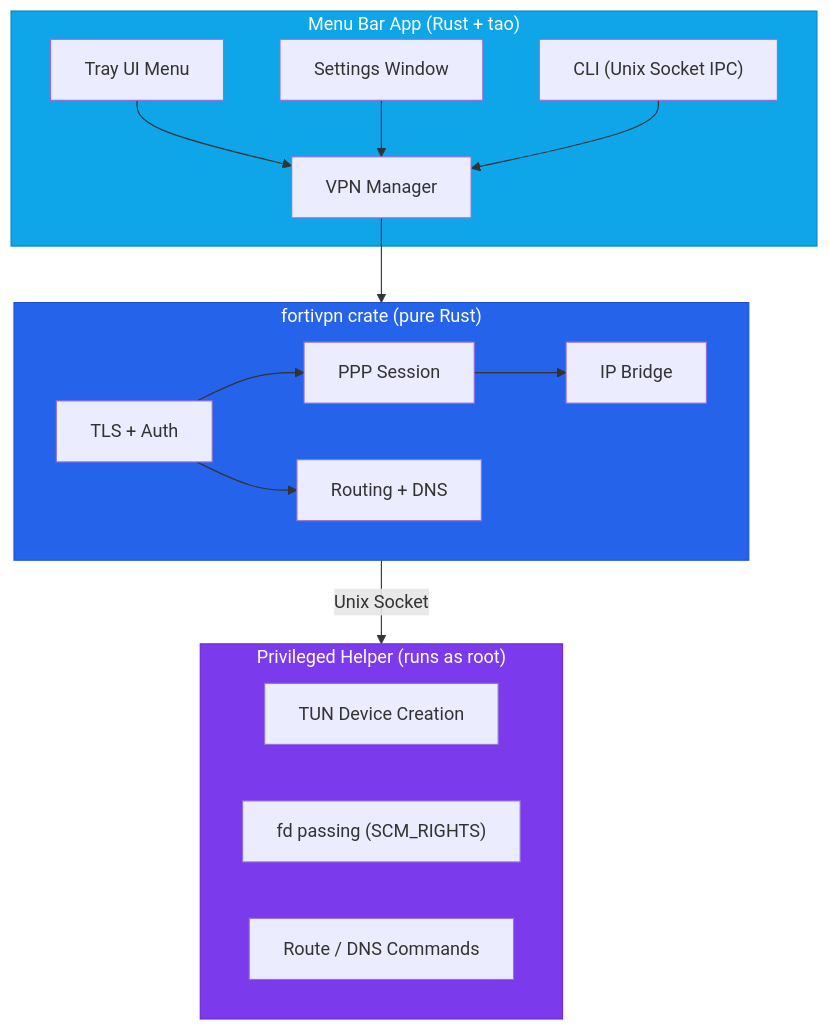
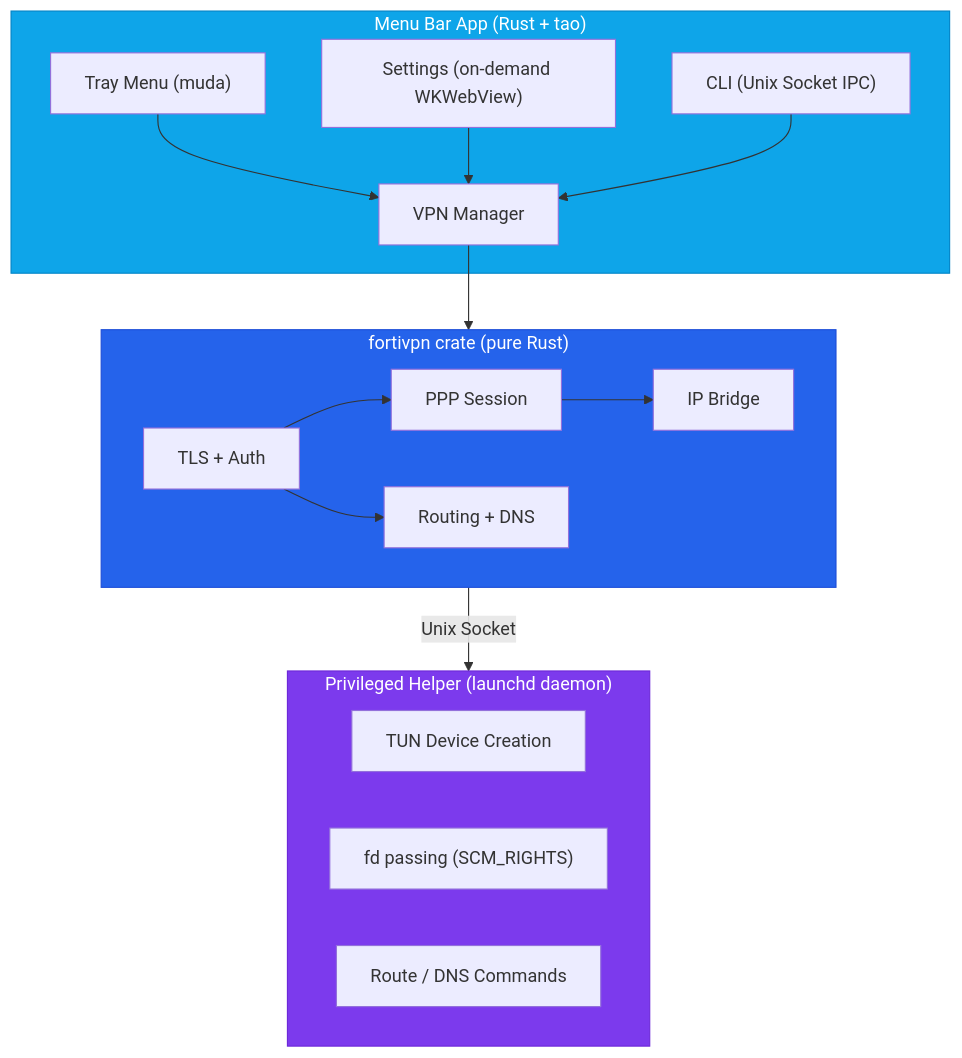
Before and after one commit to ktutnik/fortivpn-tray: the diagram in README.md, drawn with Mermaid. The commit also changed other lines of this file, not shown here.

Commit message:
docs: update README for native architecture, remove Tauri references

````diff
--- a/README.md
+++ b/README.md
@@ -33,32 +32,32 @@
 ```mermaid
 graph TD
     subgraph app["Menu Bar App (Rust + tao)"]
-        tray["Tray UI Menu"]
-        settings["Settings Window"]
+        tray["Tray Menu (muda)"]
+        settings["Settings (on-demand WKWebView)"]
         cli["CLI (Unix Socket IPC)"]
         tray & settings & cli --> vpn["VPN Manager"]
     end
 
     vpn --> crate
 
     subgraph crate["fortivpn crate (pure Rust)"]
         auth["TLS + Auth"]
         ppp["PPP Session"]
         bridge["IP Bridge"]
         route["Routing + DNS"]
         auth --> ppp --> bridge
         auth --> route
     end
 
     crate -- "Unix Socket" --> helper
 
-    subgraph helper["Privileged Helper (runs as root)"]
+    subgraph helper["Privileged Helper (launchd daemon)"]
         tun["TUN Device Creation"]
         fd["fd passing (SCM_RIGHTS)"]
         ops["Route / DNS Commands"]
     end
 
     style app fill:#0ea5e9,stroke:#0284c7,color:#fff
     style crate fill:#2563eb,stroke:#1d4ed8,color:#fff
     style helper fill:#7c3aed,stroke:#6d28d9,color:#fff
 ```
````
